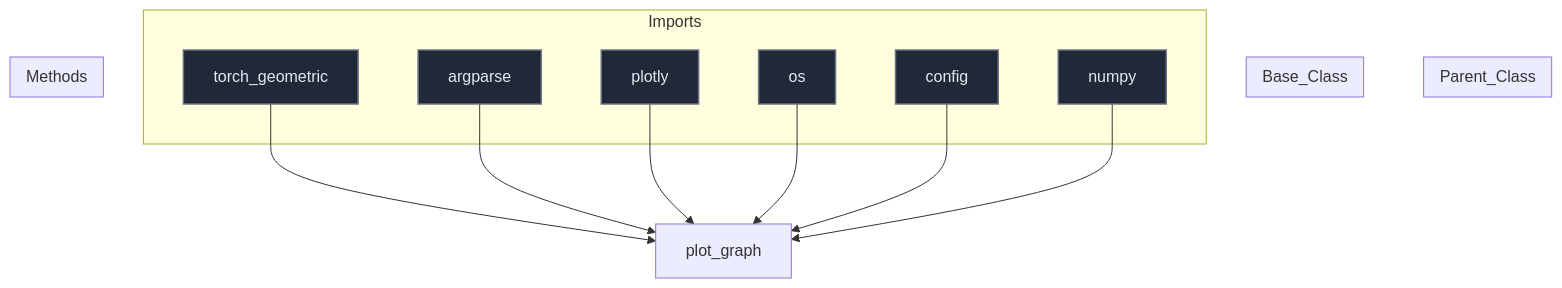
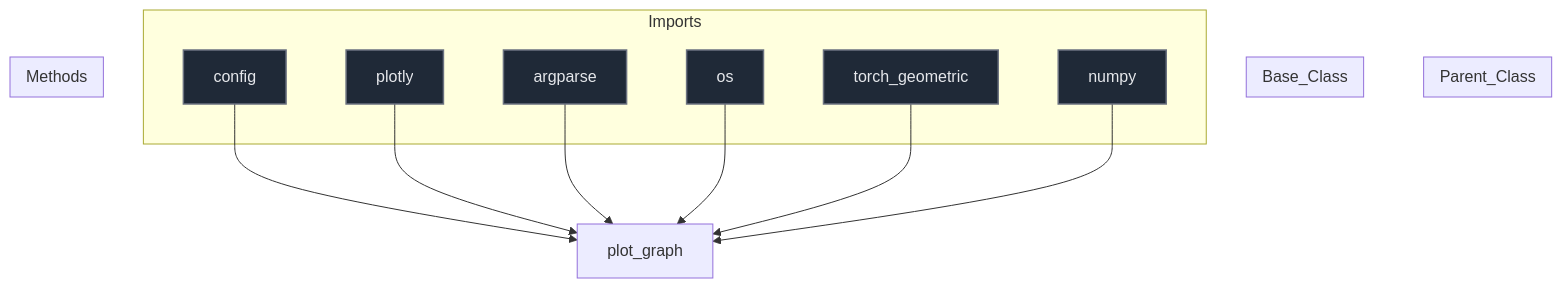
Before and after one commit to mllam/neural-lam: the diagram in docs/diagrams/plot_graph_diagram.md, drawn with Mermaid. The commit also changed 19 other files, not shown here.

Commit message:
Auto-update Mermaid diagrams

````diff
--- a/docs/diagrams/plot_graph_diagram.md
+++ b/docs/diagrams/plot_graph_diagram.md
@@ -1,41 +1,41 @@
 ```mermaid
 %%{init: {'flowchart': {'nodeSpacing': 60, 'rankSpacing': 80}}}%%
 flowchart TD
 
 module["plot_graph"]
 
 subgraph Parent_Class
 end
 
 subgraph Base_Class
 end
 
 
 subgraph Imports
+    config["config"]
+    plotly["plotly"]
+    argparse["argparse"]
+    os["os"]
     torch_geometric["torch_geometric"]
-    argparse["argparse"]
-    plotly["plotly"]
-    os["os"]
-    config["config"]
     numpy["numpy"]
 end
 
+    config --> module
+    plotly --> module
+    argparse --> module
+    os --> module
     torch_geometric --> module
-    argparse --> module
-    plotly --> module
-    os --> module
-    config --> module
     numpy --> module
 
 subgraph Methods
 end
 
 
 classDef parent fill:#0f172a,stroke:#3b82f6,stroke-width:2px,color:#f1f5f9,font-size:16px
 classDef base fill:#78350f,stroke:#f59e0b,stroke-width:1px,color:#fde68a,font-size:16px
 classDef import fill:#1f2937,stroke:#6b7280,stroke-width:1.5px,color:#e5e7eb,font-size:16px
 classDef method fill:#2d043f,stroke:#7c3aed,stroke-width:1.5px,color:#ede9fe,font-size:16px
 classDef callNode fill:#064e3b,stroke:#10b981,stroke-width:1.5px,color:#d1fae5,font-size:16px
-class torch_geometric,argparse,plotly,os,config,numpy import
+class config,plotly,argparse,os,torch_geometric,numpy import
 
 ```
````
